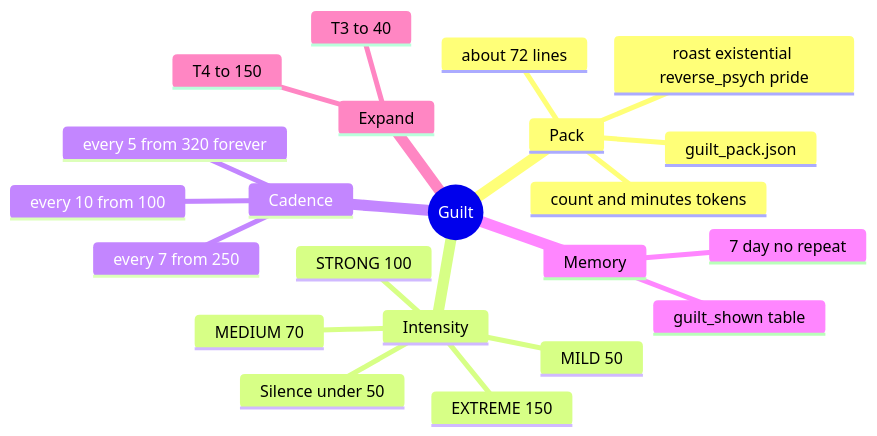
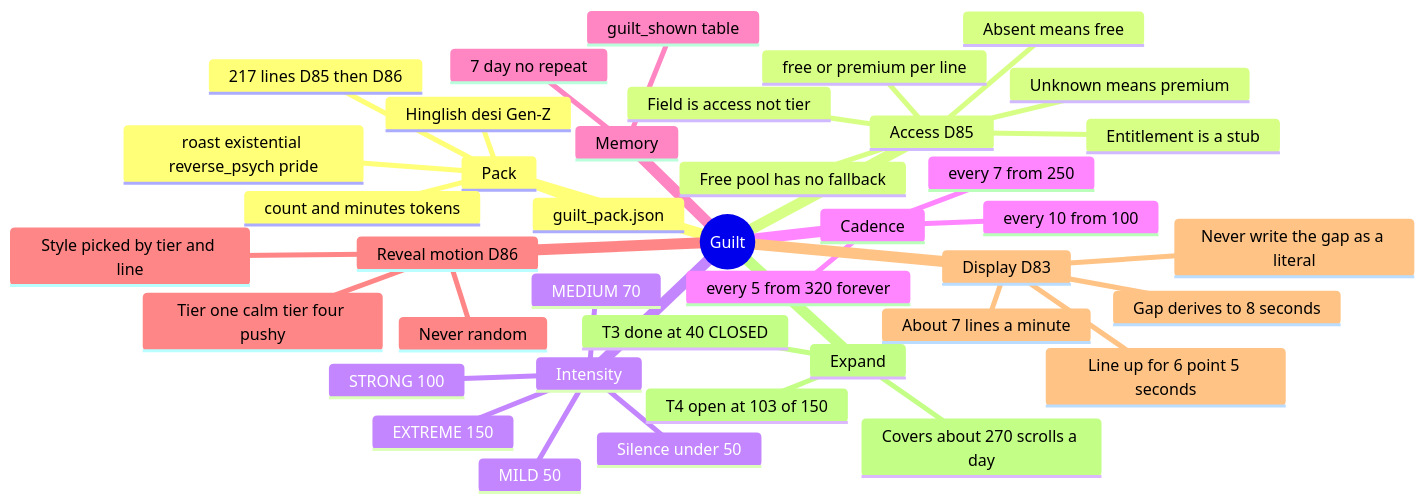
Before and after one commit to BasitScribe/ScrollKiller: the diagram in ScrollKiller/Guilt.md, drawn with Mermaid. The commit also changed other lines of this file and 71 other files, not shown here.

````diff
--- a/ScrollKiller/Guilt.md
+++ b/ScrollKiller/Guilt.md
@@ -7,25 +7,43 @@
 ```mermaid
 mindmap
   root((Guilt))
     Pack
       guilt_pack.json
       roast existential reverse_psych pride
-      about 72 lines
+      217 lines D85 then D86
+      Hinglish desi Gen-Z
       count and minutes tokens
+    Access D85
+      free or premium per line
+      Field is access not tier
+      Absent means free
+      Unknown means premium
+      Free pool has no fallback
+      Entitlement is a stub
     Intensity
       Silence under 50
       MILD 50
       MEDIUM 70
       STRONG 100
       EXTREME 150
     Cadence
       every 10 from 100
       every 7 from 250
       every 5 from 320 forever
     Memory
       7 day no repeat
       guilt_shown table
+    Reveal motion D86
+      Style picked by tier and line
+      Never random
+      Tier one calm tier four pushy
+    Display D83
+      Line up for 6 point 5 seconds
+      Gap derives to 8 seconds
+      About 7 lines a minute
+      Never write the gap as a literal
     Expand
-      T3 to 40
-      T4 to 150
+      T3 done at 40 CLOSED
+      T4 open at 103 of 150
+      Covers about 270 scrolls a day
 ```
````
